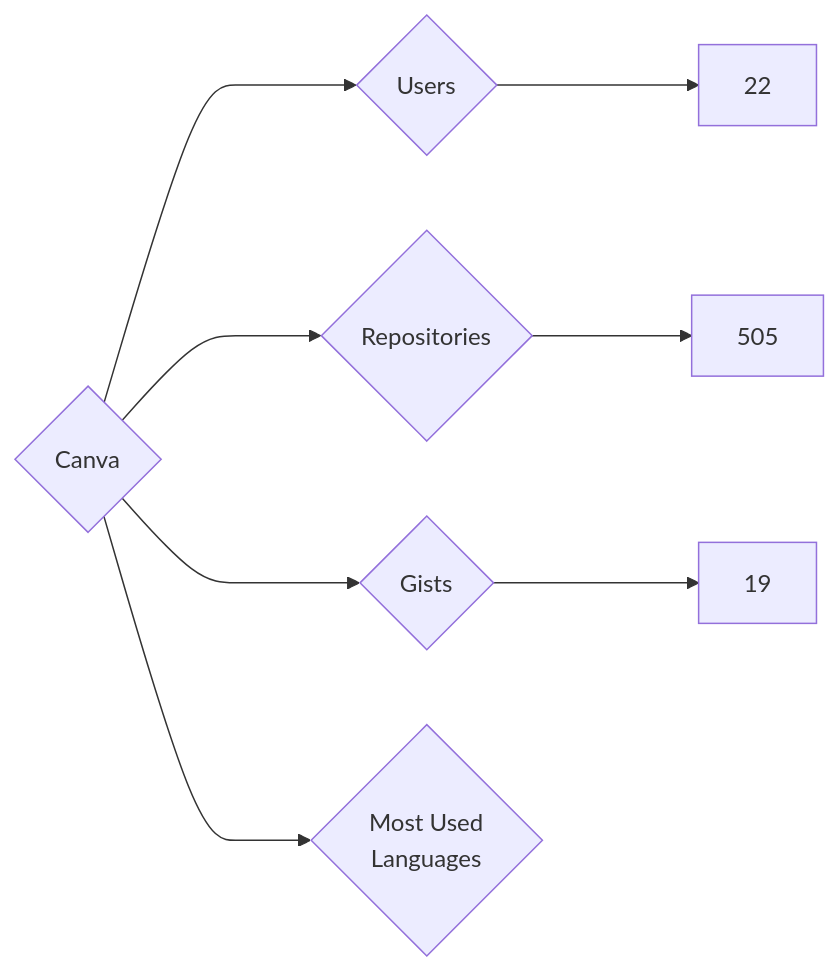
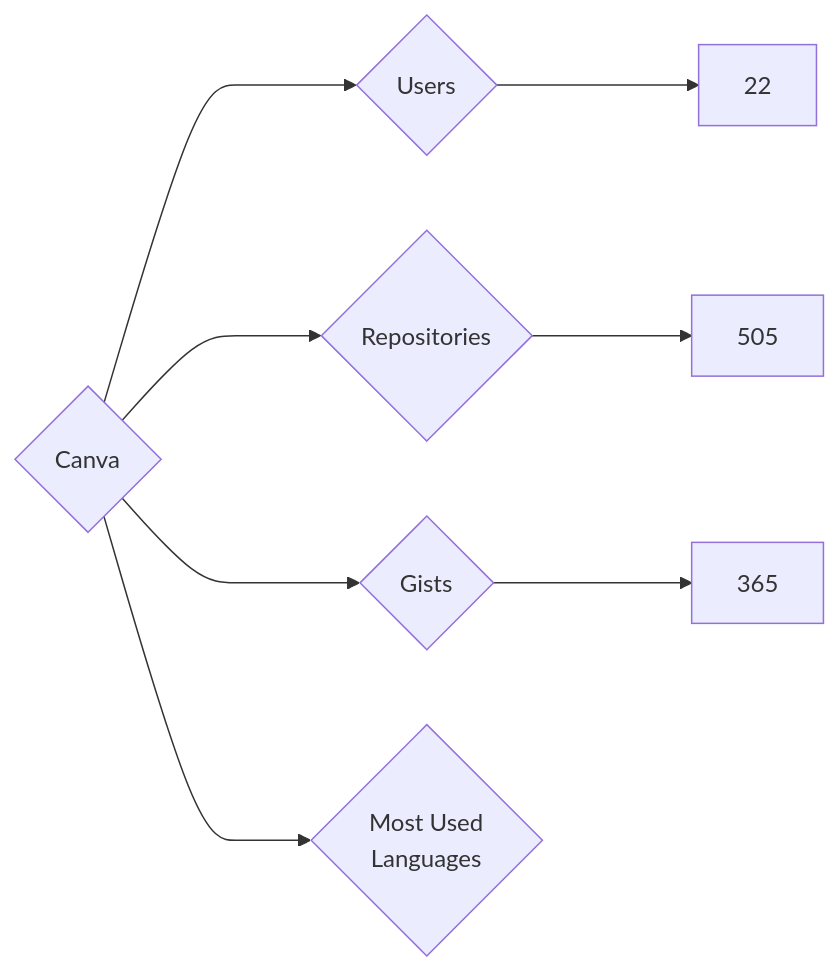
Before and after one commit to nenadzaric/insiders: the diagram in targets/Canva/README.md, drawn with Mermaid. The commit also changed 1342 other files, not shown here.

````diff
--- a/targets/Canva/README.md
+++ b/targets/Canva/README.md
@@ -3,8 +3,8 @@
 ```mermaid
 graph LR
 COMPANY_NAME{Canva}
 COMPANY_NAME ---> U{Users} ---> UN[22]
 COMPANY_NAME ---> R{Repositories} ---> RN[505]
-COMPANY_NAME ---> G{Gists} ---> GN[19]
+COMPANY_NAME ---> G{Gists} ---> GN[365]
 COMPANY_NAME ---> ML{Most Used<br>Languages}
 ```
````
